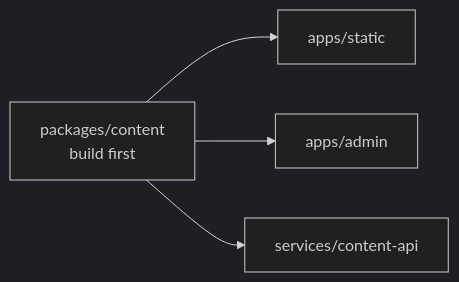
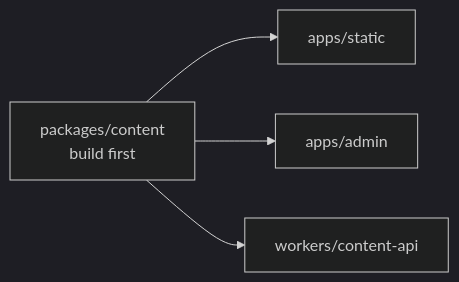
Before and after one commit to Bonae-Tech/bonae-tech: the second of 15 diagrams in docs/architecture.md, drawn with Mermaid (dark theme). The commit also changed other lines of this file and 62 other files, not shown here.

First line of the commit message:
Hybrid Cloudflare + AWS Cognito architecture (#58)

````diff
--- a/docs/architecture.md
+++ b/docs/architecture.md
@@ -88,11 +81,11 @@
 ```mermaid
 graph LR
     PC["packages/content\nbuild first"]
     AS["apps/static"]
     AA["apps/admin"]
-    SCA["services/content-api"]
+    SCA["workers/content-api"]
 
     PC --> AS
     PC --> AA
     PC --> SCA
 ```
````
